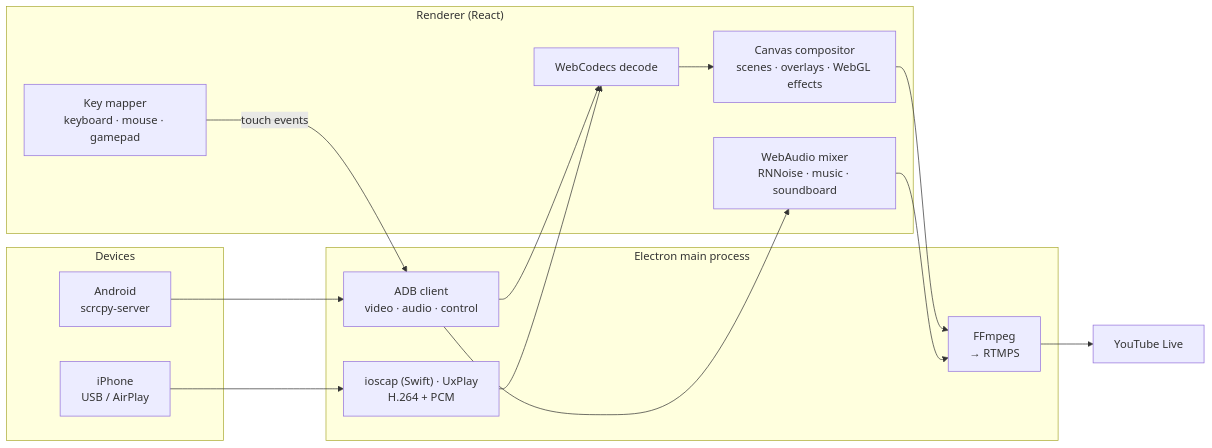
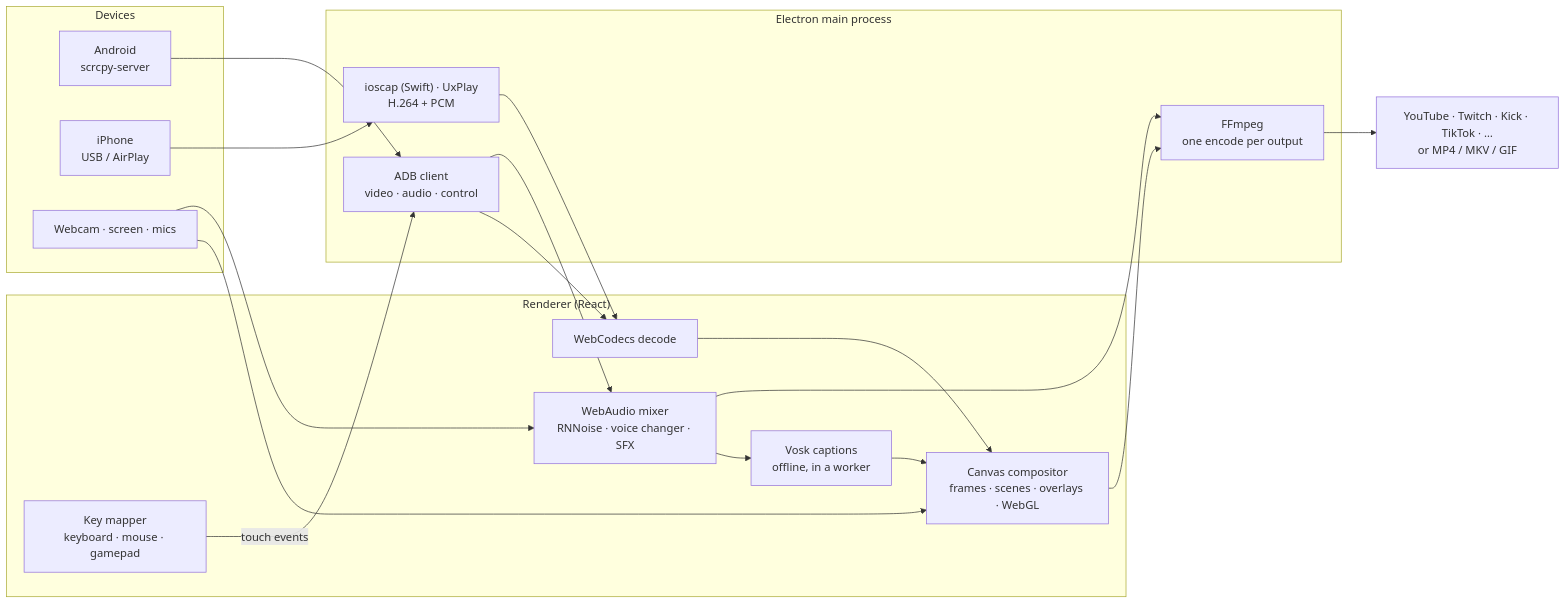
One commit to kali23041/Meroro changed the diagram in README.md. Above: the diagram before and after it, drawn with Mermaid. The commit also changed other lines of this file and 13 other files, not shown here.

````diff
--- a/README.md
+++ b/README.md
@@ -148,25 +263,29 @@
 ```mermaid
 flowchart LR
   subgraph Phones["Devices"]
     S["Android<br/>scrcpy-server"]
     I["iPhone<br/>USB / AirPlay"]
+    W["Webcam · screen · mics"]
   end
   subgraph Main["Electron main process"]
     A["ADB client<br/>video · audio · control"]
     Q["ioscap (Swift) · UxPlay<br/>H.264 + PCM"]
-    F["FFmpeg<br/>→ RTMPS"]
+    F["FFmpeg<br/>one encode per output"]
   end
   subgraph UI["Renderer (React)"]
     D["WebCodecs decode"]
-    C["Canvas compositor<br/>scenes · overlays · WebGL effects"]
-    M["WebAudio mixer<br/>RNNoise · music · soundboard"]
+    C["Canvas compositor<br/>frames · scenes · overlays · WebGL"]
+    M["WebAudio mixer<br/>RNNoise · voice changer · SFX"]
+    V["Vosk captions<br/>offline, in a worker"]
     K["Key mapper<br/>keyboard · mouse · gamepad"]
   end
   S --> A --> D --> C
   I --> Q --> D
+  W --> C
+  W --> M --> V --> C
   A --> M
   K -- touch events --> A
   C --> F
   M --> F
-  F --> YT["YouTube Live"]
+  F --> P["YouTube · Twitch · Kick · TikTok · …<br/>or MP4 / MKV / GIF"]
 ```
````
